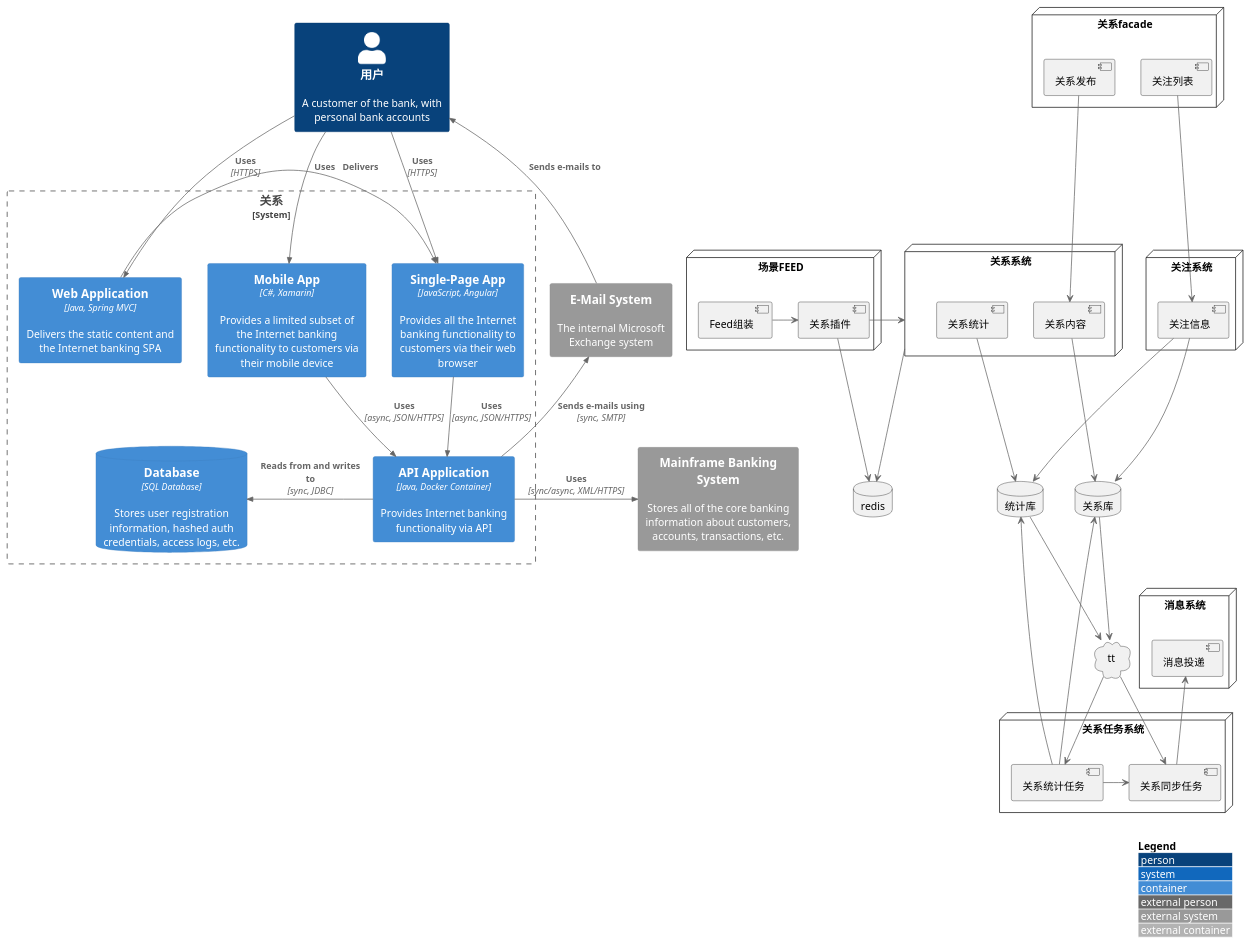
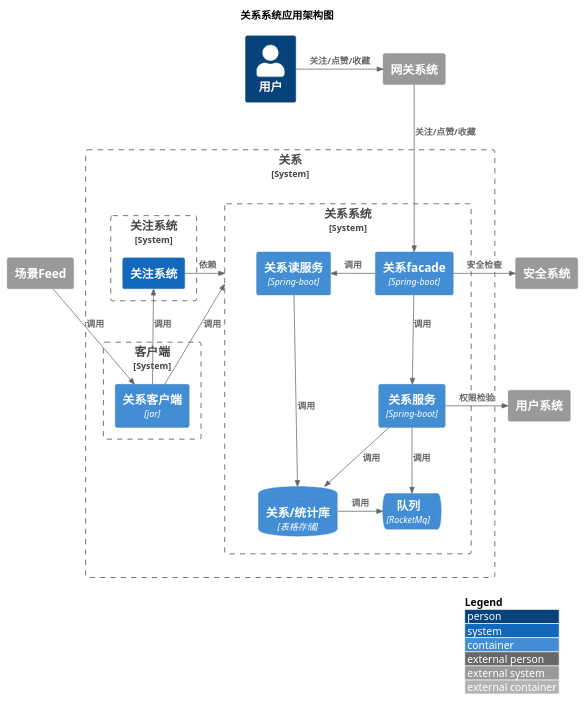
Before and after one commit to nxnnxn/community-doc: the diagram in puml/interact/relation/container.puml, drawn with PlantUML. The commit also changed 13 other files, not shown here.

```diff
--- a/puml/interact/relation/container.puml
+++ b/puml/interact/relation/container.puml
@@ -1,91 +1,49 @@
 @startuml
 !include <C4/C4_Container>
 LAYOUT_WITH_LEGEND()
 
-Person(customer, 用户, "A customer of the bank, with personal bank accounts")
+title 关系系统应用架构图
 
-System_Boundary(c1, "关系") {
-    Container(web_app, "Web Application", "Java, Spring MVC", "Delivers the static content and the Internet banking SPA")
-    Container(spa, "Single-Page App", "JavaScript, Angular", "Provides all the Internet banking functionality to customers via their web browser")
-    Container(mobile_app, "Mobile App", "C#, Xamarin", "Provides a limited subset of the Internet banking functionality to customers via their mobile device")
-    ContainerDb(database, "Database", "SQL Database", "Stores user registration information, hashed auth credentials, access logs, etc.")
-    Container(backend_api, "API Application", "Java, Docker Container", "Provides Internet banking functionality via API")
-}
+Person(user, "用户")
 
-System_Ext(email_system, "E-Mail System", "The internal Microsoft Exchange system")
-System_Ext(banking_system, "Mainframe Banking System", "Stores all of the core banking information about customers, accounts, transactions, etc.")
+System_Boundary(relationProduction, "关系"){
+    System_Boundary(relationBoundary, "关系系统") {
+          Container(relationFacade, "关系facade","Spring-boot")
+          Container(relationReadService, "关系读服务","Spring-boot")
+          Container(relationWriteService, "关系服务","Spring-boot")
+          ContainerDb(relationDatabase, "关系/统计库", "表格存储")
+          ContainerQueue(relationQueue, "队列", "RocketMq")
+          Rel_L(relationFacade, relationReadService, "调用")
+          Rel(relationFacade, relationWriteService, "调用")
+          Rel(relationReadService, relationDatabase, "调用")
+          Rel(relationWriteService, relationDatabase, "调用")
+          Rel_L(relationDatabase, relationQueue, "调用")
+          Rel(relationWriteService, relationQueue, "调用")
 
-Rel(customer, web_app, "Uses", "HTTPS")
-Rel(customer, spa, "Uses", "HTTPS")
-Rel(customer, mobile_app, "Uses")
-
-Rel_Neighbor(web_app, spa, "Delivers")
-Rel(spa, backend_api, "Uses", "async, JSON/HTTPS")
-Rel(mobile_app, backend_api, "Uses", "async, JSON/HTTPS")
-Rel_Back_Neighbor(database, backend_api, "Reads from and writes to", "sync, JDBC")
-
-Rel_Back(customer, email_system, "Sends e-mails to")
-Rel_Back(email_system, backend_api, "Sends e-mails using", "sync, SMTP")
-Rel_Neighbor(backend_api, banking_system, "Uses", "sync/async, XML/HTTPS")
-
-cloud tt
-
-node "关系facade" {
-     [关系发布]
-     [关注列表]
-}
-
-node "场景FEED" {
-  [关系插件]<-left-[Feed组装]
+    }
+    System_Boundary(followBoundary, "关注系统") {
+           System(follow, "关注系统")
+    }
+    System_Boundary(relationClientBoundary, "客户端") {
+          Container(relationClient, "关系客户端","jar")
+    }
 
 }
+System_Ext(gateway,"网关系统")
+System_Ext(feed, "场景Feed")
+System_Ext(security,"安全系统")
+System_Ext(userSystem,"用户系统")
 
-node "关系系统" {
-     [关系内容]
-     [关系统计]
-}
 
-node "关系任务系统" {
-   [关系统计任务]-left->[关系同步任务]
-}
+Rel_R(user, gateway, "关注/点赞/收藏")
+Rel(gateway, relationFacade, "关注/点赞/收藏")
+Rel_R(relationFacade, security, "安全检查")
+Rel_R(relationWriteService, userSystem, "权限检验")
+Rel_R(follow,relationBoundary, "依赖")
+Rel_U(relationClient,relationBoundary, "调用")
+Rel_U(relationClient,follow, "调用")
+Rel(feed,relationClient, "调用")
 
-node "关注系统" {
-     [关注信息]
-}
-
-node "消息系统" {
-    [消息投递]
-}
-
-database 关系库
-
-database 统计库
-
-database redis
-
-关系内容-->关系库
-关系统计-->统计库
-统计库<--关系统计任务
-关系库<--关系统计任务
-关系库-->tt
-统计库-->tt
-
-tt--> 关系统计任务
-tt--> 关系同步任务
-
-关系插件-->redis
-
-关系系统<-right-关系插件
-关系系统-right->redis
-
-关系发布-->关系内容
-消息投递<--关系同步任务
-
-关注信息-->关系库
-
-关注信息-->统计库
-
-关注列表-->关注信息
 
 
 @enduml
```
